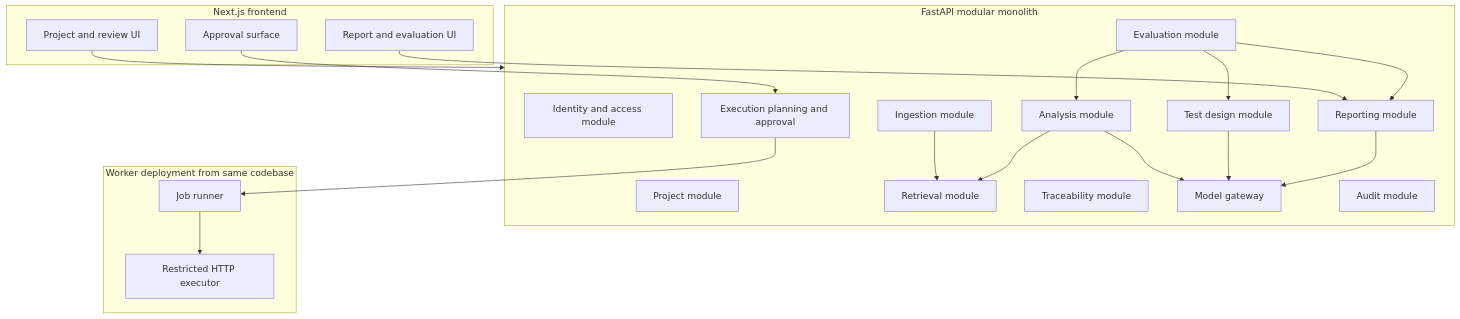
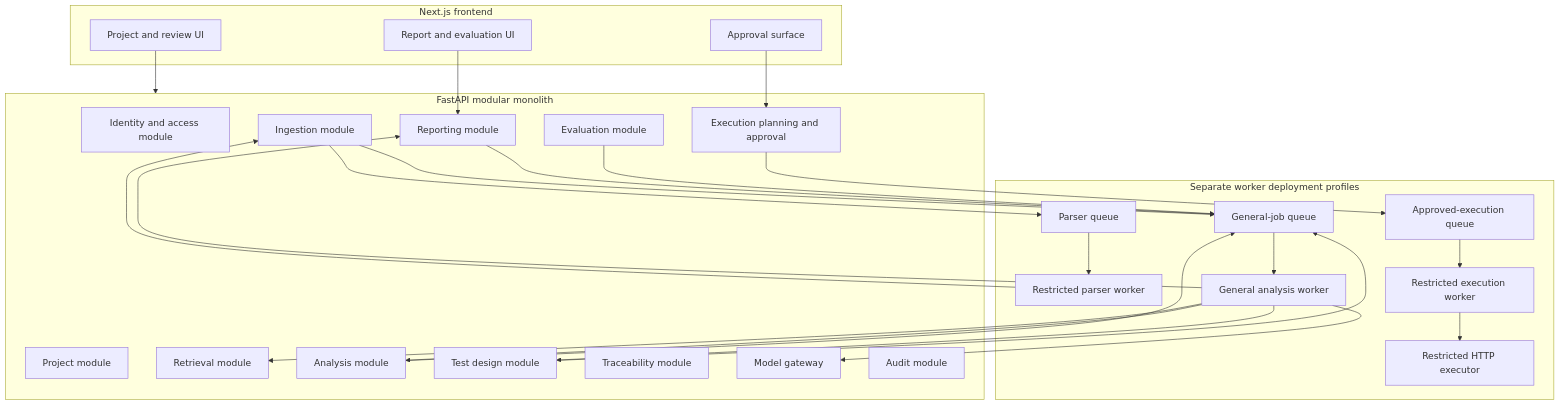
One commit to AdderlyMH/ai-qa-copilot changed the second of 5 diagrams in docs/ARCHITECTURE.md. Above: the diagram before and after it, drawn with Mermaid. The commit also changed other lines of this file and 1 other file, not shown here.

````diff
--- a/docs/ARCHITECTURE.md
+++ b/docs/ARCHITECTURE.md
@@ -59,42 +69,54 @@
 ```mermaid
 flowchart TB
     subgraph Frontend[Next.js frontend]
         UI[Project and review UI]
         ApprovalUI[Approval surface]
         ReportUI[Report and evaluation UI]
     end
 
     subgraph Backend[FastAPI modular monolith]
         IAM[Identity and access module]
         Projects[Project module]
         Ingestion[Ingestion module]
         Retrieval[Retrieval module]
         Analysis[Analysis module]
         Tests[Test design module]
         Traceability[Traceability module]
         Plans[Execution planning and approval]
         Reporting[Reporting module]
         Eval[Evaluation module]
         ModelGateway[Model gateway]
         Audit[Audit module]
     end
 
-    subgraph Worker[Worker deployment from same codebase]
-        JobRunner[Job runner]
+    subgraph Workloads[Separate worker deployment profiles]
+        ParserQueue[Parser queue]
+        ParserWorker[Restricted parser worker]
+        GeneralQueue[General-job queue]
+        GeneralWorker[General analysis worker]
+        ExecutionQueue[Approved-execution queue]
+        ExecutorWorker[Restricted execution worker]
         HttpExecutor[Restricted HTTP executor]
     end
 
     UI --> Backend
     ApprovalUI --> Plans
     ReportUI --> Reporting
-    Ingestion --> Retrieval
-    Analysis --> Retrieval
-    Analysis --> ModelGateway
-    Tests --> ModelGateway
-    Reporting --> ModelGateway
-    Plans --> JobRunner
-    JobRunner --> HttpExecutor
-    Eval --> Analysis
-    Eval --> Tests
-    Eval --> Reporting
+    Ingestion --> ParserQueue
+    ParserQueue --> ParserWorker
+    ParserWorker --> Ingestion
+    Ingestion --> GeneralQueue
+    Analysis --> GeneralQueue
+    Tests --> GeneralQueue
+    Reporting --> GeneralQueue
+    GeneralQueue --> GeneralWorker
+    GeneralWorker --> Retrieval
+    GeneralWorker --> Analysis
+    GeneralWorker --> Tests
+    GeneralWorker --> Reporting
+    GeneralWorker --> ModelGateway
+    Plans --> ExecutionQueue
+    ExecutionQueue --> ExecutorWorker
+    ExecutorWorker --> HttpExecutor
+    Eval --> GeneralQueue
 ```
````
